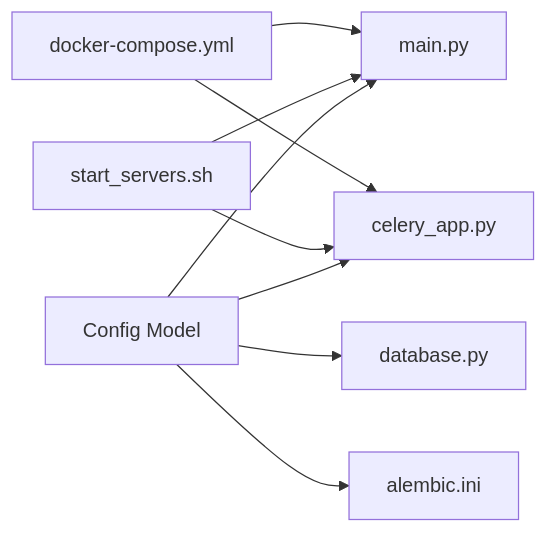
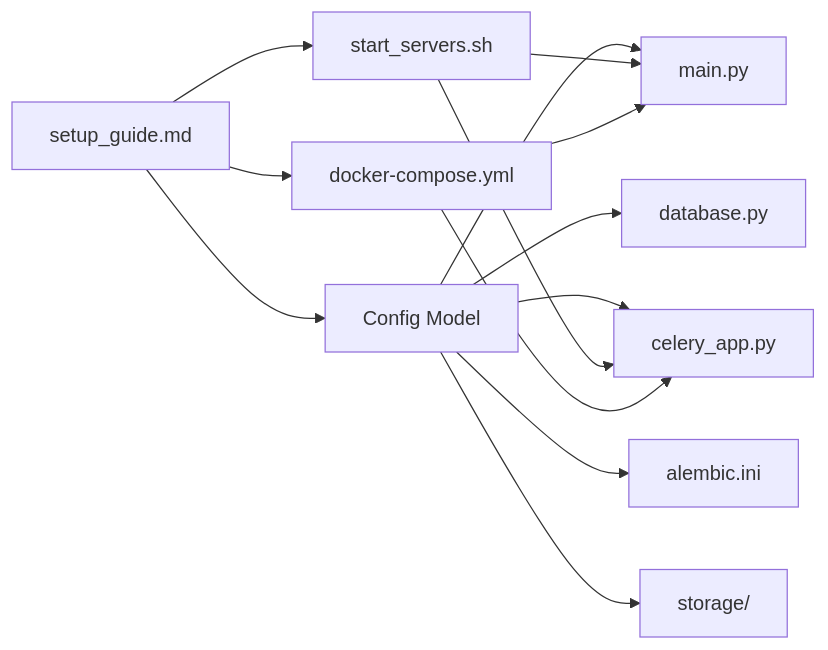
One commit to userisaziz/samaa-ai changed the sixth of 6 diagrams in .qoder/repowiki/en/content/Configuration & Environment Management.md. Above: the diagram before and after it, drawn with Mermaid. The commit also changed other lines of this file and 2 other files, not shown here.

````diff
--- a/.qoder/repowiki/en/content/Configuration & Environment Management.md
+++ b/.qoder/repowiki/en/content/Configuration & Environment Management.md
@@ -339,11 +536,15 @@
 ```mermaid
 graph LR
 CFG["Config Model"] --> MAIN["main.py"]
 CFG --> DBMOD["database.py"]
 CFG --> CELERY["celery_app.py"]
 CFG --> ALEMBIC["alembic.ini"]
+CFG --> STORAGE["storage/"]
 START["start_servers.sh"] --> MAIN
 START --> CELERY
 DOCKER["docker-compose.yml"] --> MAIN
 DOCKER --> CELERY
+SETUP["setup_guide.md"] --> CFG
+SETUP --> DOCKER
+SETUP --> START
 ```
````
